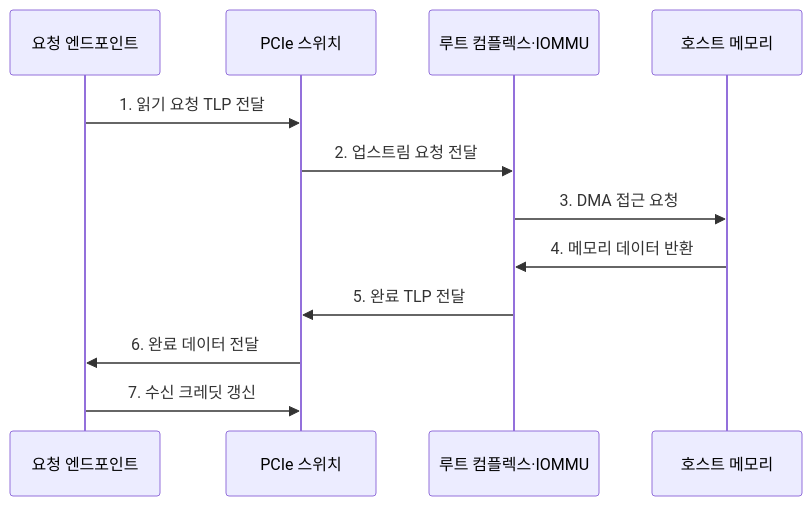
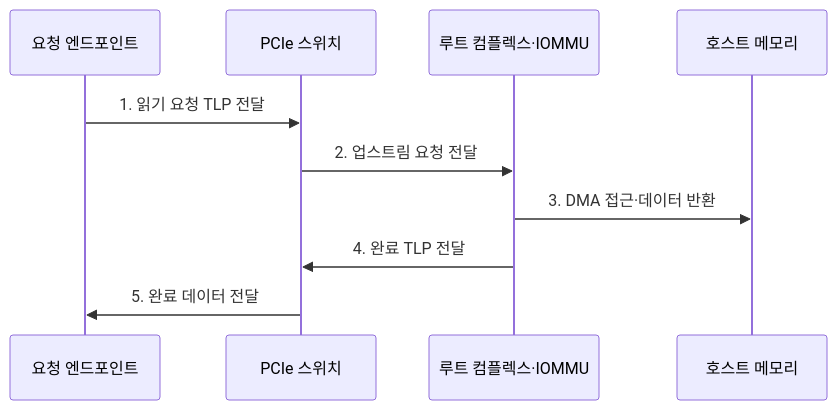
One commit to agnusdei1207/knowledge-base changed the second of 2 diagrams in src/content/docs/notes/02-hardware/079_pcie_switching.md. Above: the diagram before and after it, drawn with Mermaid. The commit also changed other lines of this file and 86 other files, not shown here.

````diff
--- a/src/content/docs/notes/02-hardware/079_pcie_switching.md
+++ b/src/content/docs/notes/02-hardware/079_pcie_switching.md
@@ -86,15 +91,13 @@
 ```mermaid
 sequenceDiagram
     participant E as 요청 엔드포인트
     participant S as PCIe 스위치
     participant R as 루트 컴플렉스·IOMMU
     participant M as 호스트 메모리
 
     E->>S: 1. 읽기 요청 TLP 전달
     S->>R: 2. 업스트림 요청 전달
-    R->>M: 3. DMA 접근 요청
-    M->>R: 4. 메모리 데이터 반환
-    R->>S: 5. 완료 TLP 전달
-    S->>E: 6. 완료 데이터 전달
-    E->>S: 7. 수신 크레딧 갱신
+    R->>M: 3. DMA 접근·데이터 반환
+    R->>S: 4. 완료 TLP 전달
+    S->>E: 5. 완료 데이터 전달
 ```
````
